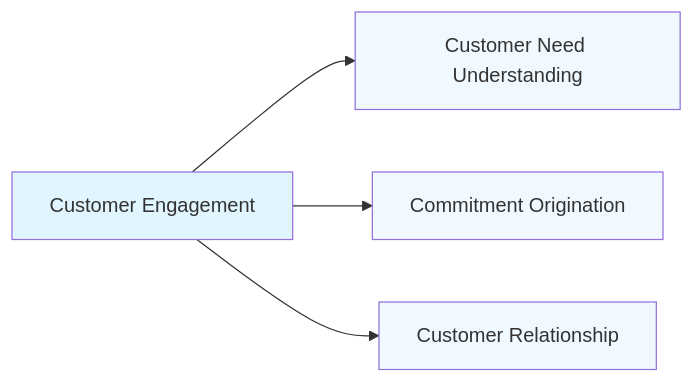
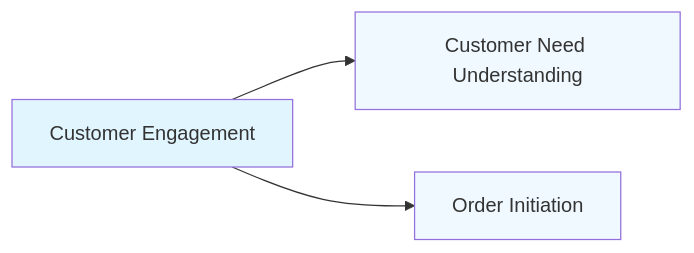
Before and after one commit to Evilazaro/Azure-LogicApps-Monitoring: the third of 7 diagrams in docs/architecture/01-business-architecture.md, drawn with Mermaid. The commit also changed other lines of this file, not shown here.

Commit message:
Refactor Business Architecture document: update terminology and definitions to enhance clarity in order management and fulfillment processes

````diff
--- a/docs/architecture/01-business-architecture.md
+++ b/docs/architecture/01-business-architecture.md
@@ -153,11 +122,9 @@
 ```mermaid
 graph LR
     CE[Customer Engagement] --> CN[Customer Need Understanding]
-    CE --> CI[Commitment Origination]
-    CE --> CC[Customer Relationship]
+    CE --> OI[Order Initiation]
 
     style CE fill:#e1f5ff
     style CN fill:#f0f9ff
-    style CI fill:#f0f9ff
-    style CC fill:#f0f9ff
+    style OI fill:#f0f9ff
 ```
````
